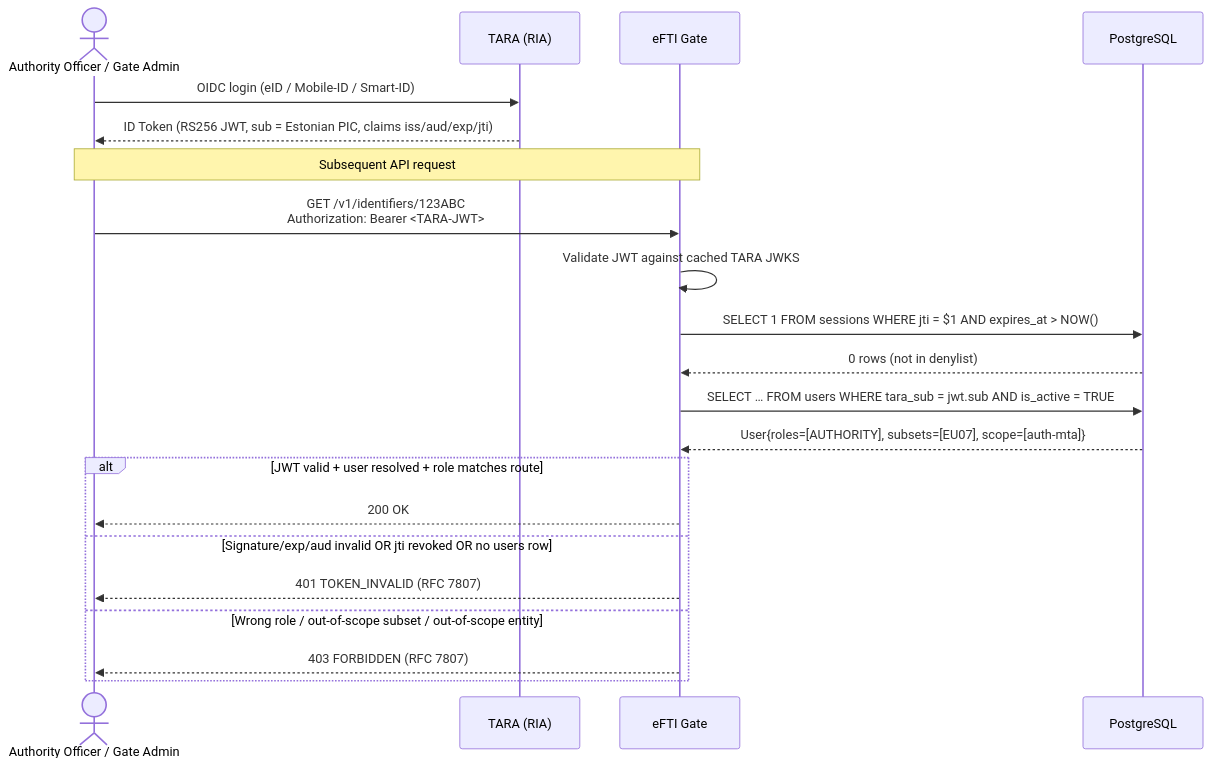
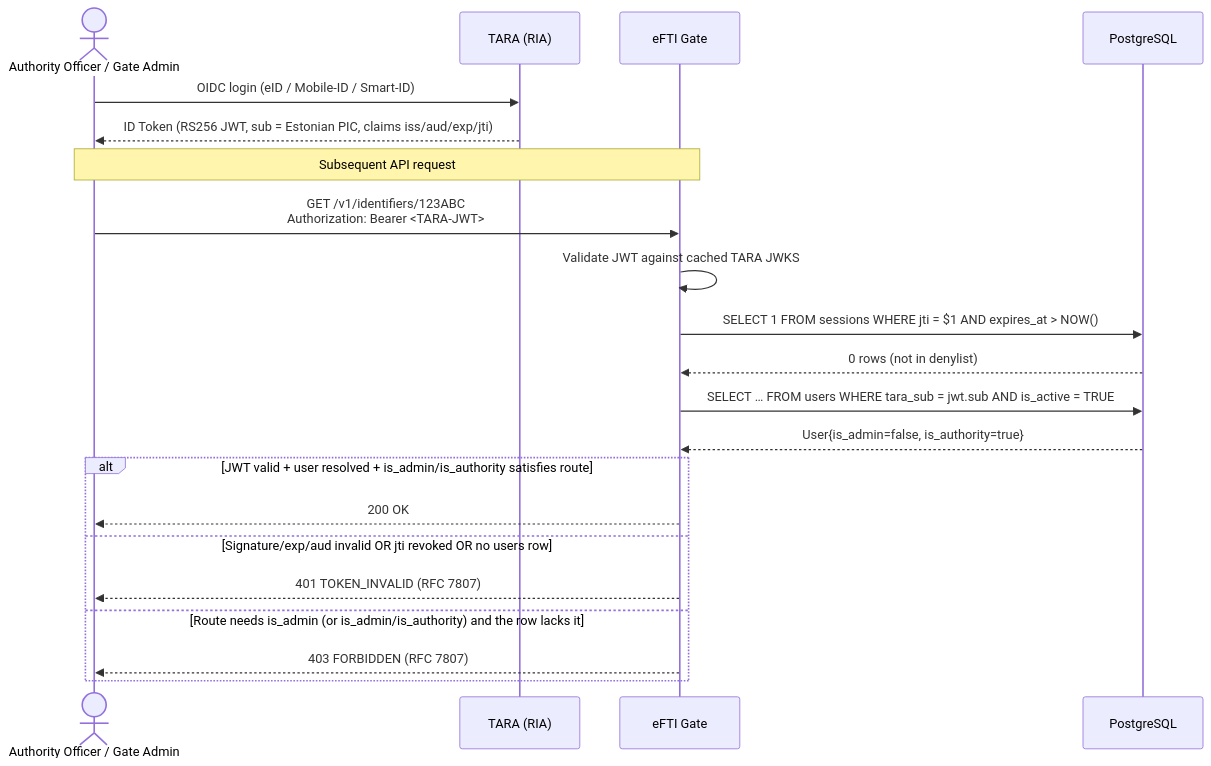
One commit to kemit-ee/efti-gate-ee changed the third of 5 diagrams in docs/architecture/identity-and-access/authentication_and_access_flows.md. Above: the diagram before and after it, drawn with Mermaid. The commit also changed 42 other files, not shown here.

````diff
--- a/docs/architecture/identity-and-access/authentication_and_access_flows.md
+++ b/docs/architecture/identity-and-access/authentication_and_access_flows.md
@@ -53,26 +53,26 @@
 ```mermaid
 sequenceDiagram
     actor Officer as Authority Officer / Gate Admin
     participant TARA as TARA (RIA)
     participant Gate as eFTI Gate
     participant DB as PostgreSQL
 
     Officer->>TARA: OIDC login (eID / Mobile-ID / Smart-ID)
     TARA-->>Officer: ID Token (RS256 JWT, sub = Estonian PIC, claims iss/aud/exp/jti)
 
     Note over Officer,Gate: Subsequent API request
 
     Officer->>Gate: GET /v1/identifiers/123ABC<br/>Authorization: Bearer <TARA-JWT>
     Gate->>Gate: Validate JWT against cached TARA JWKS
     Gate->>DB: SELECT 1 FROM sessions WHERE jti = $1 AND expires_at > NOW()
     DB-->>Gate: 0 rows (not in denylist)
     Gate->>DB: SELECT … FROM users WHERE tara_sub = jwt.sub AND is_active = TRUE
-    DB-->>Gate: User{roles=[AUTHORITY], subsets=[EU07], scope=[auth-mta]}
-    alt JWT valid + user resolved + role matches route
+    DB-->>Gate: User{is_admin=false, is_authority=true}
+    alt JWT valid + user resolved + is_admin/is_authority satisfies route
         Gate-->>Officer: 200 OK
     else Signature/exp/aud invalid OR jti revoked OR no users row
         Gate-->>Officer: 401 TOKEN_INVALID (RFC 7807)
-    else Wrong role / out-of-scope subset / out-of-scope entity
+    else Route needs is_admin (or is_admin/is_authority) and the row lacks it
         Gate-->>Officer: 403 FORBIDDEN (RFC 7807)
     end
 ```
````
